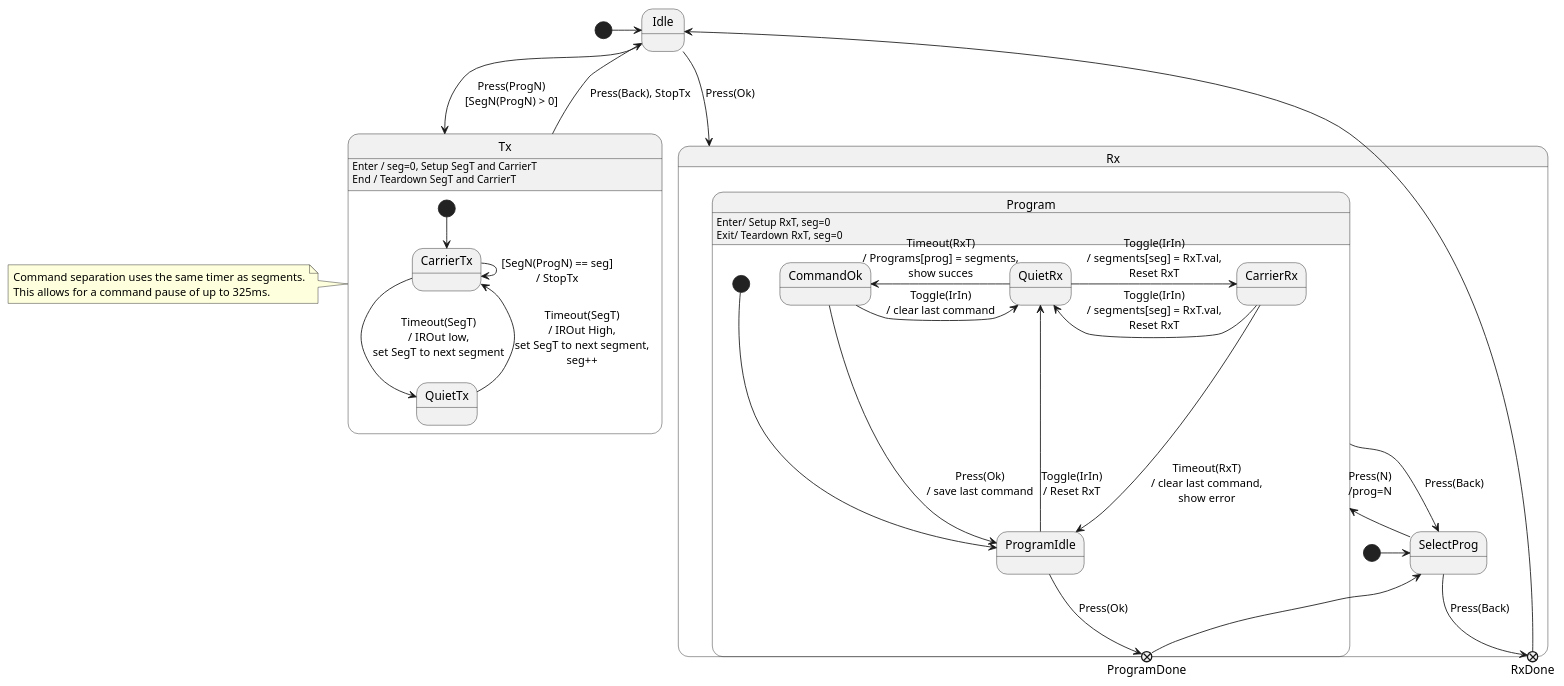
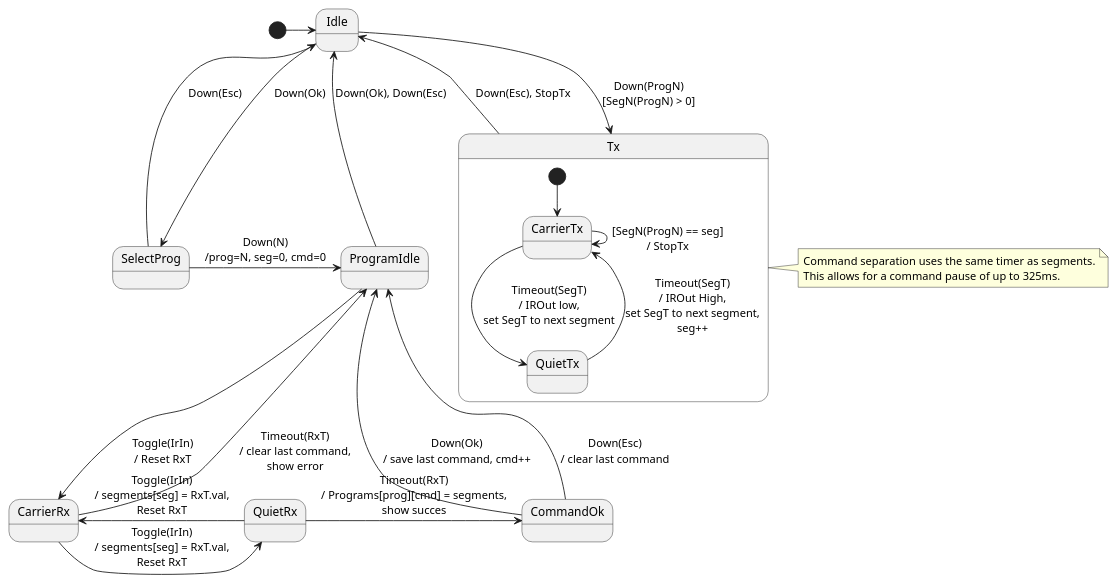
One commit to arqubusier/programmable-remote changed the diagram in doc/states.puml. Above: the diagram before and after it, drawn with PlantUML. The commit also changed 3 other files, not shown here.

```diff
--- a/doc/states.puml
+++ b/doc/states.puml
@@ -1,46 +1,30 @@
 @startuml
 [*] -> Idle
-Idle --> Tx : Press(ProgN)\n[SegN(ProgN) > 0]
-Idle --> Rx : Press(Ok)
+Idle --> SelectProg : Down(Ok)
+SelectProg -> ProgramIdle: Down(N)\n/prog=N, seg=0, cmd=0
+SelectProg --> Idle: Down(Esc)
 
-state Rx {
-  state RxDone <<exitPoint>>
-  [*] -> SelectProg
-  state Program{
-      state ProgramDone <<exitPoint>>
-      [*] --> ProgramIdle
-      ProgramIdle --> ProgramDone : Press(Ok)
-      ProgramDone --> SelectProg
-      ProgramIdle --> QuietRx: Toggle(IrIn)\n/ Reset RxT
+ProgramIdle --> Idle : Down(Ok), Down(Esc)
+ProgramIdle --> CarrierRx: Toggle(IrIn)\n/ Reset RxT
 
-      QuietRx -> CarrierRx: Toggle(IrIn)\n/ segments[seg] = RxT.val,\nReset RxT
-      CarrierRx -> QuietRx: Toggle(IrIn)\n/ segments[seg] = RxT.val,\nReset RxT
-      CarrierRx --> ProgramIdle: Timeout(RxT)\n/ clear last command,\nshow error
-      QuietRx -> CommandOk: Timeout(RxT)\n/ Programs[prog] = segments,\nshow succes
-      CommandOk -> ProgramIdle: Press(Ok)\n/ save last command
-      CommandOk -> QuietRx: Toggle(IrIn)\n/ clear last command
-  }
-  Program: Enter/ Setup RxT, seg=0
-  Program: Exit/ Teardown RxT, seg=0
-  SelectProg -> Program: Press(N)\n/prog=N
-  Program --> SelectProg: Press(Back)
-  SelectProg --> RxDone: Press(Back)
-  RxDone -> Idle
-}
+QuietRx -> CarrierRx: Toggle(IrIn)\n/ segments[seg] = RxT.val,\nReset RxT
+CarrierRx -> QuietRx: Toggle(IrIn)\n/ segments[seg] = RxT.val,\nReset RxT
+CarrierRx --> ProgramIdle: Timeout(RxT)\n/ clear last command,\nshow error
+QuietRx -> CommandOk: Timeout(RxT)\n/ Programs[prog][cmd] = segments,\nshow succes
+CommandOk -> ProgramIdle: Down(Ok)\n/ save last command, cmd++
+CommandOk -> ProgramIdle: Down(Esc)\n/ clear last command
 
 
-
+Idle --> Tx : Down(ProgN)\n[SegN(ProgN) > 0]
 state Tx {
   [*] --> CarrierTx
   CarrierTx --> QuietTx : Timeout(SegT)\n/ IROut low,\nset SegT to next segment
   QuietTx --> CarrierTx : Timeout(SegT)\n/ IROut High,\nset SegT to next segment,\nseg++
   CarrierTx -> CarrierTx : [SegN(ProgN) == seg]\n/ StopTx
 }
-Tx: Enter / seg=0, Setup SegT and CarrierT
-Tx: End / Teardown SegT and CarrierT
-note left of Tx: Command separation uses the same timer as segments.\nThis allows for a command pause of up to 325ms.
-Tx --> Idle : Press(Back), StopTx
+note right of Tx: Command separation uses the same timer as segments.\nThis allows for a command pause of up to 325ms.
+Tx --> Idle : Down(Esc), StopTx
 
+CommandOk -[hidden]-> SelectProg
 
-Rx -[hidden]> Tx 
 @enduml
```
